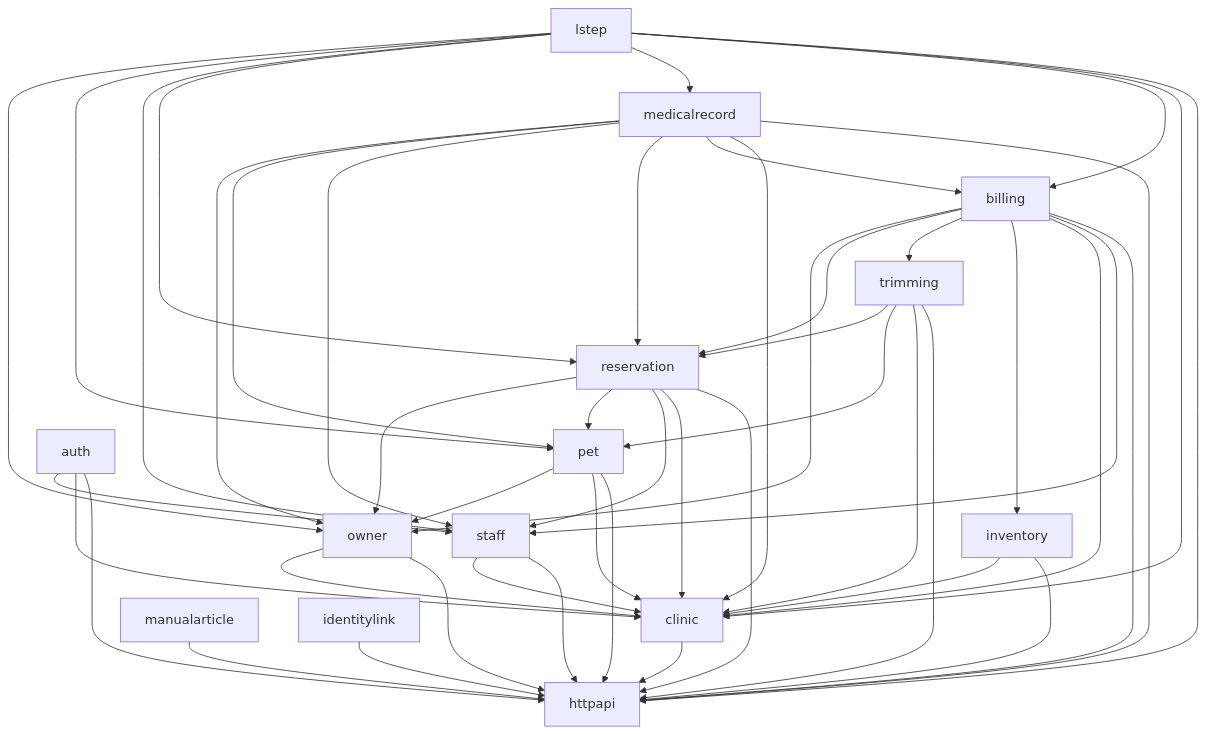
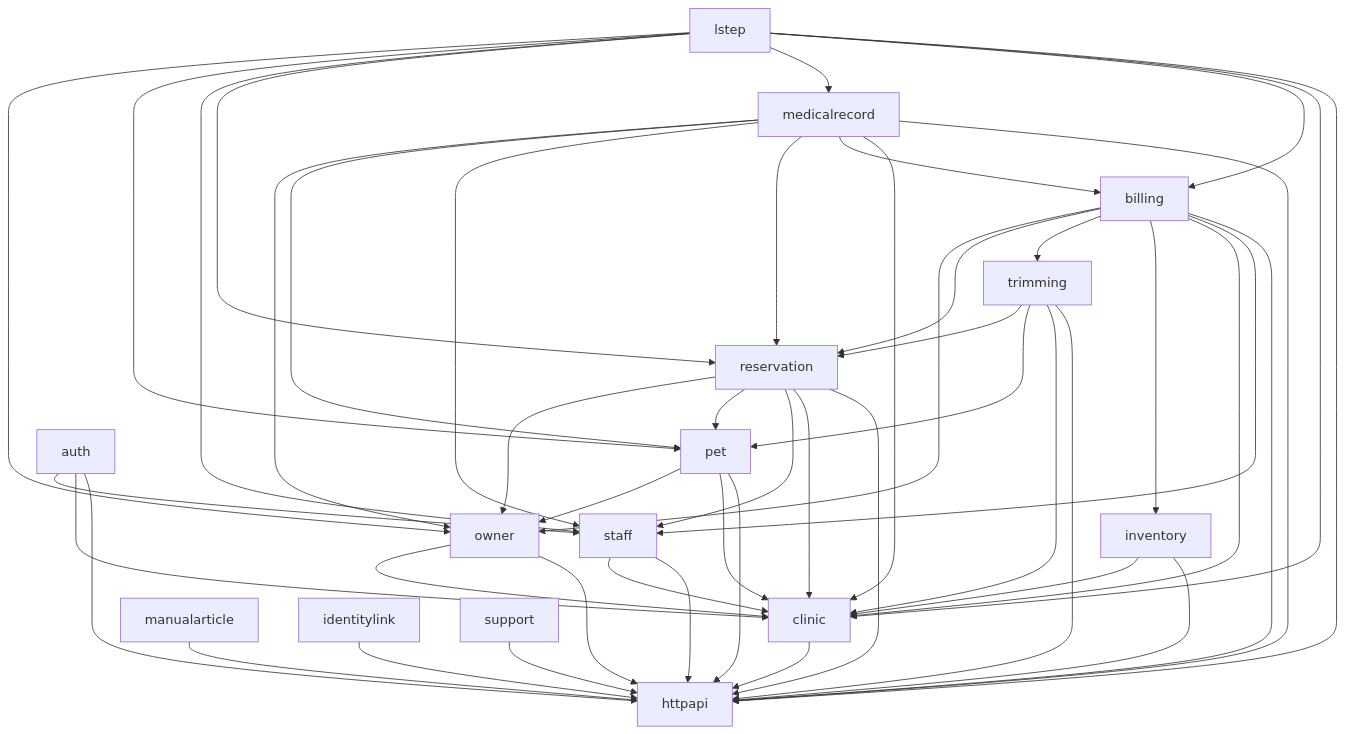
One commit to MinoruSoga/AnimalEkarte changed the diagram in docs/architecture/be9-2a-boundary-map.md. Above: the diagram before and after it, drawn with Mermaid. The commit also changed other lines of this file and 80 other files, not shown here.

````diff
--- a/docs/architecture/be9-2a-boundary-map.md
+++ b/docs/architecture/be9-2a-boundary-map.md
@@ -341,49 +343,50 @@
 ```mermaid
 flowchart TB
     lstep --> owner
     lstep --> pet
     lstep --> staff
     lstep --> reservation
     lstep --> medicalrecord
     lstep --> billing
     lstep --> clinic
     lstep --> httpapi
     medicalrecord --> owner
     medicalrecord --> pet
     medicalrecord --> staff
     medicalrecord --> reservation
     medicalrecord --> billing
     medicalrecord --> clinic
     medicalrecord --> httpapi
     billing --> owner
     billing --> reservation
     billing --> trimming
     billing --> inventory
     billing --> clinic
     billing --> staff
     billing --> httpapi
     trimming --> reservation
     trimming --> pet
     trimming --> clinic
     trimming --> httpapi
     reservation --> owner
     reservation --> pet
     reservation --> staff
     reservation --> clinic
     reservation --> httpapi
     auth --> staff
     auth --> clinic
     auth --> httpapi
     staff --> clinic
     staff --> httpapi
     pet --> owner
     pet --> clinic
     pet --> httpapi
     owner --> clinic
     owner --> httpapi
     inventory --> clinic
     inventory --> httpapi
     clinic --> httpapi
     manualarticle --> httpapi
     identitylink --> httpapi
+    support --> httpapi
 ```
````
